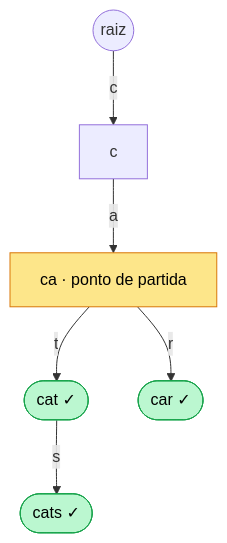
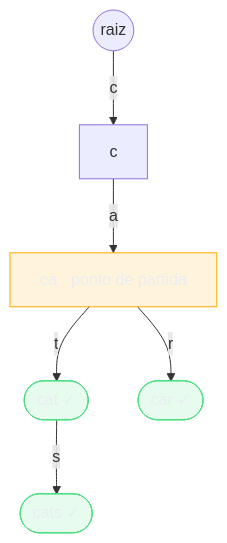
One commit to josenaldo/codex-technomanticus changed the second of 4 diagrams in 03-Dominios/Ciência/Estruturas de Dados/08 - Tries.md. Above: the diagram before and after it, drawn with Mermaid. The commit also changed 1181 other files, not shown here.

First line of the commit message:
fix(diagramas): paleta do sistema no lugar de cor cravada no markdown

````diff
--- a/03-Dominios/Ciência/Estruturas de Dados/08 - Tries.md
+++ b/03-Dominios/Ciência/Estruturas de Dados/08 - Tries.md
@@ -78,12 +78,14 @@
 ```mermaid
 flowchart TD
+    classDef destaque fill:#FFAA0024,stroke:#FFAA00,color:#E9ECF2
+    classDef ok fill:#4ADE8021,stroke:#4ADE80,color:#E9ECF2
     R(("raiz")) -->|c| C["c"]
     C -->|a| CA["ca · ponto de partida"]
     CA -->|t| CAT(["cat ✓"])
     CA -->|r| CAR(["car ✓"])
     CAT -->|s| CATS(["cats ✓"])
-    style CA fill:#fde68a,stroke:#d97706,color:#000
-    style CAT fill:#bbf7d0,stroke:#16a34a,color:#000
-    style CAR fill:#bbf7d0,stroke:#16a34a,color:#000
-    style CATS fill:#bbf7d0,stroke:#16a34a,color:#000
+    class CA destaque
+    class CAT ok
+    class CAR ok
+    class CATS ok
 ```
````
